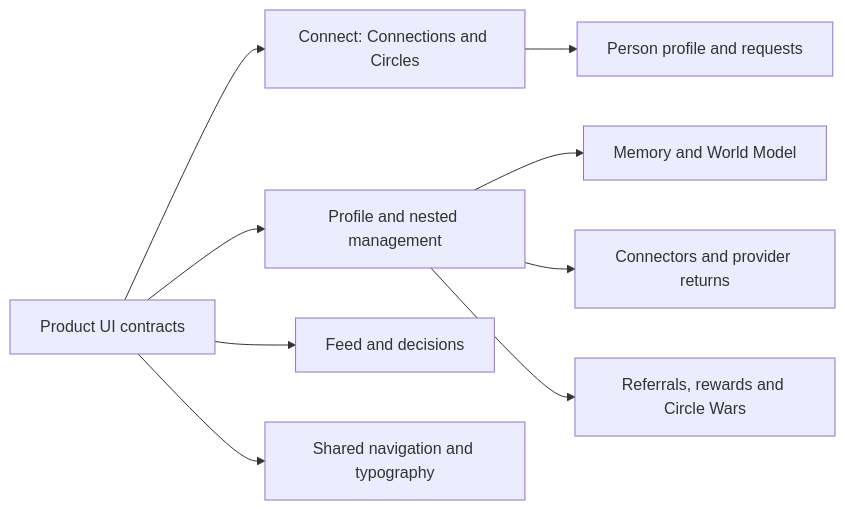
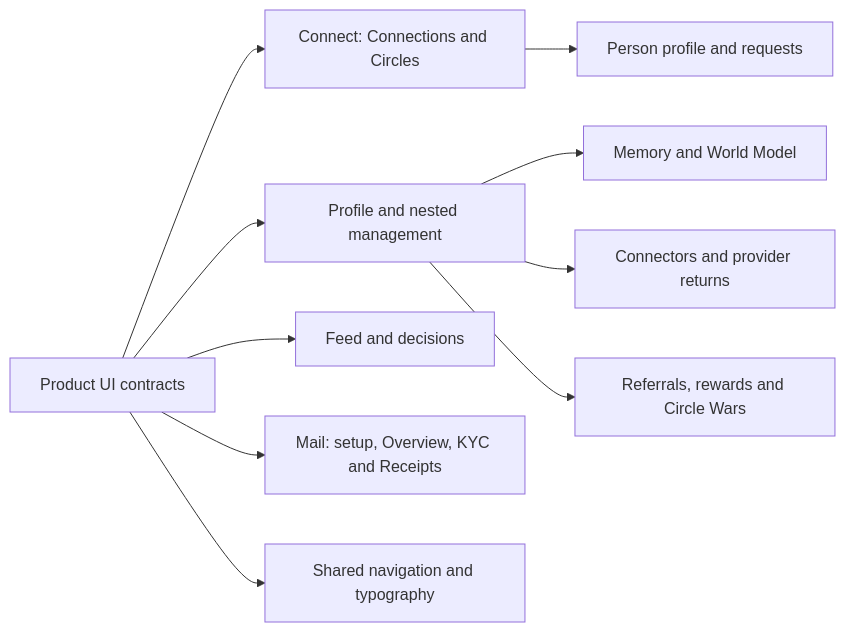
Before and after one commit to hushh-labs/hushh-research: the diagram in hushh-webapp/docs/ui-contracts/README.md, drawn with Mermaid. The commit also changed other lines of this file and 4 other files, not shown here.

````diff
--- a/hushh-webapp/docs/ui-contracts/README.md
+++ b/hushh-webapp/docs/ui-contracts/README.md
@@ -5,11 +5,12 @@
 ```mermaid
 flowchart LR
   index["Product UI contracts"] --> connect["Connect: Connections and Circles"]
   index --> profile["Profile and nested management"]
   index --> feed["Feed and decisions"]
+  index --> mail["Mail: setup, Overview, KYC and Receipts"]
   index --> nav["Shared navigation and typography"]
   connect --> person["Person profile and requests"]
   profile --> memory["Memory and World Model"]
   profile --> connectors["Connectors and provider returns"]
   profile --> referrals["Referrals, rewards and Circle Wars"]
 ```
````
